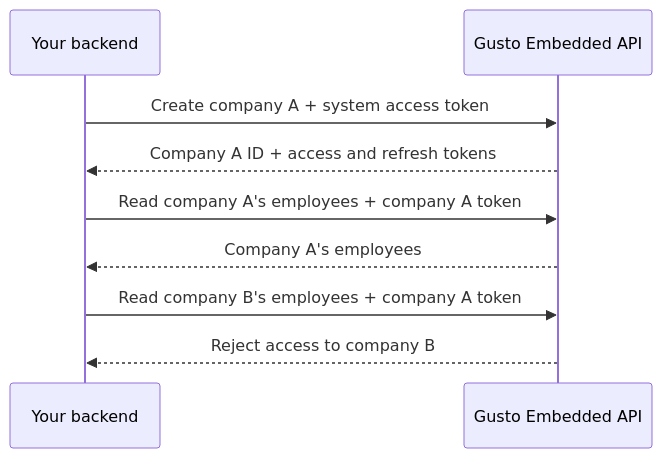
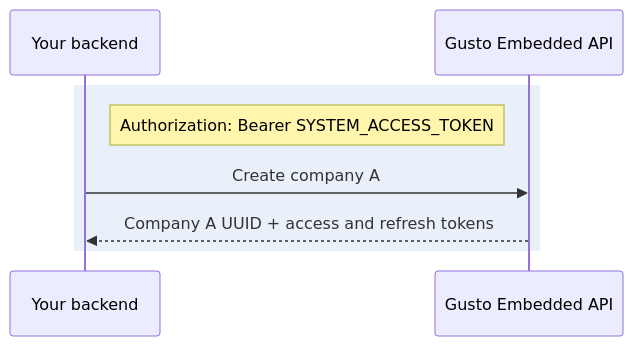
Before and after one commit to Gusto/embedded-react-sdk: the first of 4 diagrams in docs/getting-started/authentication.md, drawn with Mermaid. The commit also changed other lines of this file, not shown here.

Commit message:
docs: clarify authentication and proxy authorization flows

````diff
--- a/docs/getting-started/authentication.md
+++ b/docs/getting-started/authentication.md
@@ -26,11 +26,11 @@
 ```mermaid
 sequenceDiagram
     participant Backend as Your backend
     participant API as Gusto Embedded API
-    Backend->>API: Create company A + system access token
-    API-->>Backend: Company A ID + access and refresh tokens
-    Backend->>API: Read company A's employees + company A token
-    API-->>Backend: Company A's employees
-    Backend->>API: Read company B's employees + company A token
-    API-->>Backend: Reject access to company B
+
+    rect rgba(80, 130, 200, 0.12)
+        Note right of Backend: Authorization: Bearer SYSTEM_ACCESS_TOKEN
+        Backend->>API: Create company A
+        API-->>Backend: Company A UUID + access and refresh tokens
+    end
 ```
````
